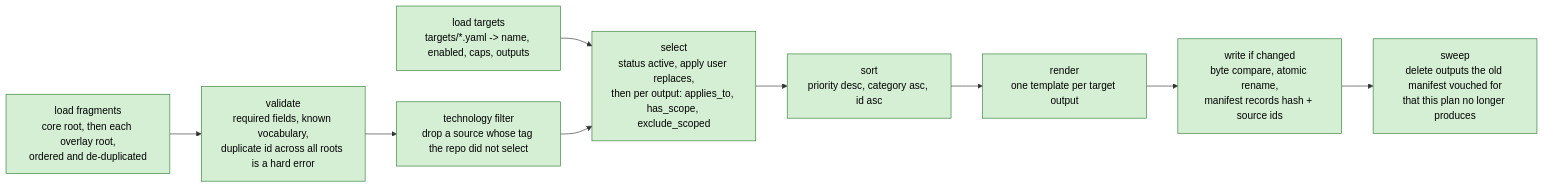
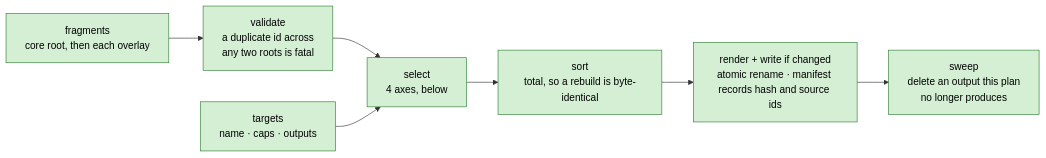
One commit to niksavis/basicly changed the third of 11 diagrams in docs/architecture/architecture.md. Above: the diagram before and after it, drawn with Mermaid. The commit also changed other lines of this file and 10 other files, not shown here.

````diff
--- a/docs/architecture/architecture.md
+++ b/docs/architecture/architecture.md
@@ -300,18 +477,17 @@
 ```mermaid
 flowchart LR
-  s1["load targets<br/>targets/*.yaml -> name, enabled, caps, outputs"]
-  s2["load fragments<br/>core root, then each overlay root,<br/>ordered and de-duplicated"]
-  s3["validate<br/>required fields, known vocabulary,<br/>duplicate id across all roots is a hard error"]
-  s4["technology filter<br/>drop a source whose tag the repo did not select"]
-  s5["select<br/>status active, apply user replaces,<br/>then per output: applies_to, has_scope, exclude_scoped"]
-  s6["sort<br/>priority desc, category asc, id asc"]
-  s7["render<br/>one template per target output"]
-  s8["write if changed<br/>byte compare, atomic rename,<br/>manifest records hash + source ids"]
-  s9["sweep<br/>delete outputs the old manifest vouched for<br/>that this plan no longer produces"]
+  targets["targets<br/>name · caps · outputs"]
+  sources["fragments<br/>core root, then each overlay"]
+  gate["validate<br/>a duplicate id across<br/>any two roots is fatal"]
+  pick["select<br/>4 axes, below"]
+  order["sort<br/>total, so a rebuild is byte-identical"]
+  emit["render + write if changed<br/>atomic rename · manifest records hash and source ids"]
+  sweep["sweep<br/>delete an output this plan<br/>no longer produces"]
 
-  s1 --> s5
-  s2 --> s3 --> s4 --> s5 --> s6 --> s7 --> s8 --> s9
+  sources --> gate --> pick
+  targets --> pick
+  pick --> order --> emit --> sweep
 
   classDef built fill:#d5efd5,stroke:#2e7d32,color:#000
-  class s1,s2,s3,s4,s5,s6,s7,s8,s9 built
+  class targets,sources,gate,pick,order,emit,sweep built
 ```
````
